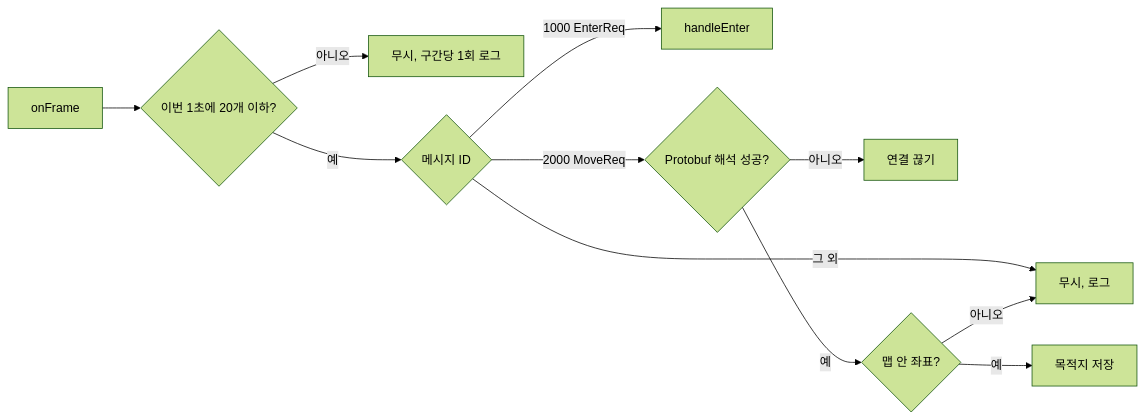
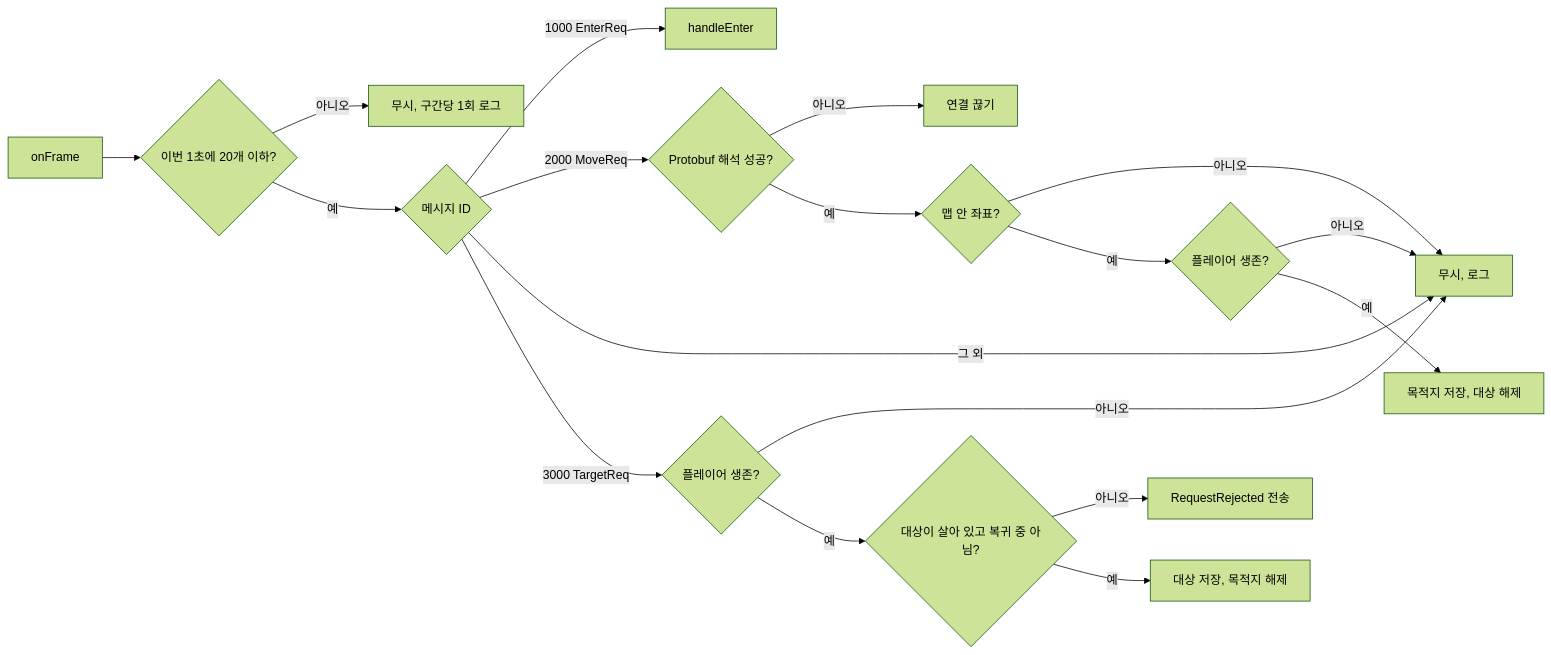
Before and after one commit to Dongs9/try_mmo_server: the diagram in docs/diagrams/src/flow-request.mmd, drawn with Mermaid (forest theme). The commit also changed 27 other files, not shown here.

```diff
--- a/docs/diagrams/src/flow-request.mmd
+++ b/docs/diagrams/src/flow-request.mmd
@@ -1,11 +1,18 @@
 flowchart LR
     frame[onFrame] --> limit{"이번 1초에 20개 이하?"}
     limit -- 아니오 --> ignore1["무시, 구간당 1회 로그"]
     limit -- 예 --> msg{메시지 ID}
     msg -- 1000 EnterReq --> enter[handleEnter]
     msg -- 2000 MoveReq --> parse{Protobuf 해석 성공?}
     msg -- 그 외 --> ignore2[무시, 로그]
     parse -- 아니오 --> close[연결 끊기]
     parse -- 예 --> inside{맵 안 좌표?}
     inside -- 아니오 --> ignore2
-    inside -- 예 --> dest[목적지 저장]
+    inside -- 예 --> alive{플레이어 생존?}
+    alive -- 아니오 --> ignore2
+    alive -- 예 --> dest["목적지 저장, 대상 해제"]
+    msg -- 3000 TargetReq --> self{플레이어 생존?}
+    self -- 아니오 --> ignore2
+    self -- 예 --> found{"대상이 살아 있고 복귀 중 아님?"}
+    found -- 아니오 --> reject[RequestRejected 전송]
+    found -- 예 --> setTarget["대상 저장, 목적지 해제"]
```
